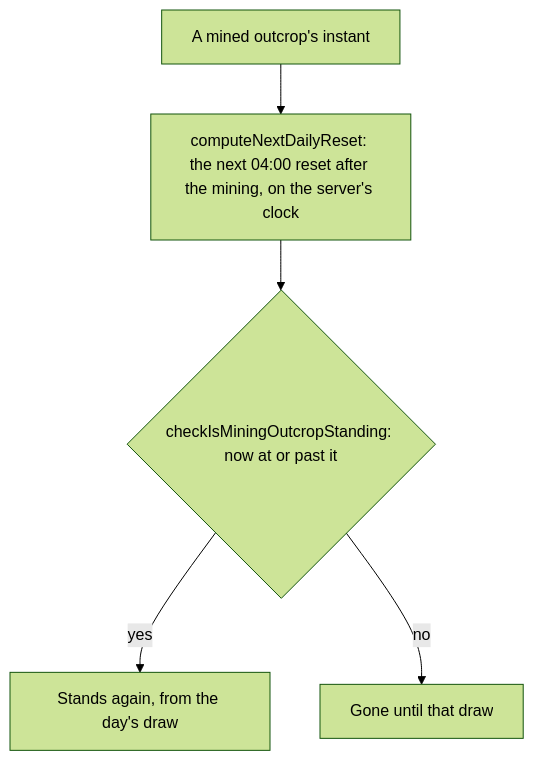
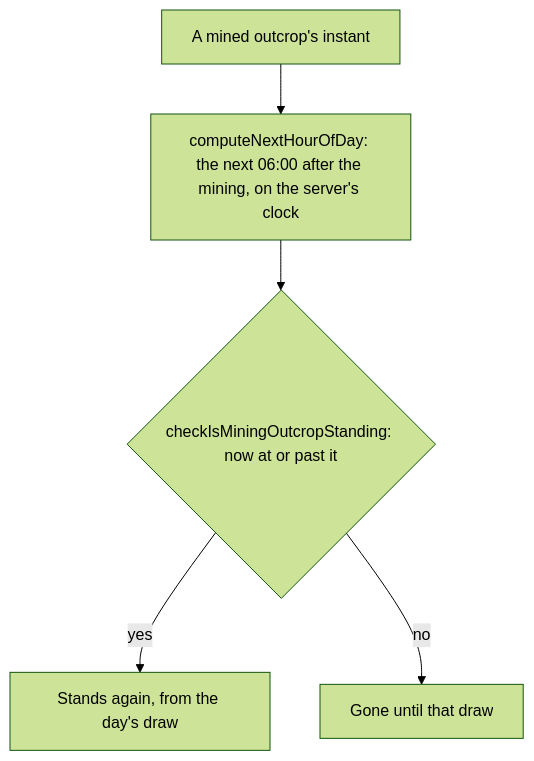
Before and after one commit to Esposter/Esposter: the diagram in openspec/specs/genshin/mining-outcrops/design.md, drawn with Mermaid (forest theme). The commit also changed other lines of this file and 86 other files, not shown here.

````diff
--- a/openspec/specs/genshin/mining-outcrops/design.md
+++ b/openspec/specs/genshin/mining-outcrops/design.md
@@ -7,7 +7,7 @@
 ```mermaid
 flowchart TD
-  M["A mined outcrop's instant"] --> P["computeNextDailyReset: the next 04:00 reset after the mining, on the server's clock"]
+  M["A mined outcrop's instant"] --> P["computeNextHourOfDay: the next 06:00 after the mining, on the server's clock"]
   P --> S{"checkIsMiningOutcropStanding: now at or past it"}
   S -->|"yes"| D["Stands again, from the day's draw"]
   S -->|"no"| G["Gone until that draw"]
 ```
````
